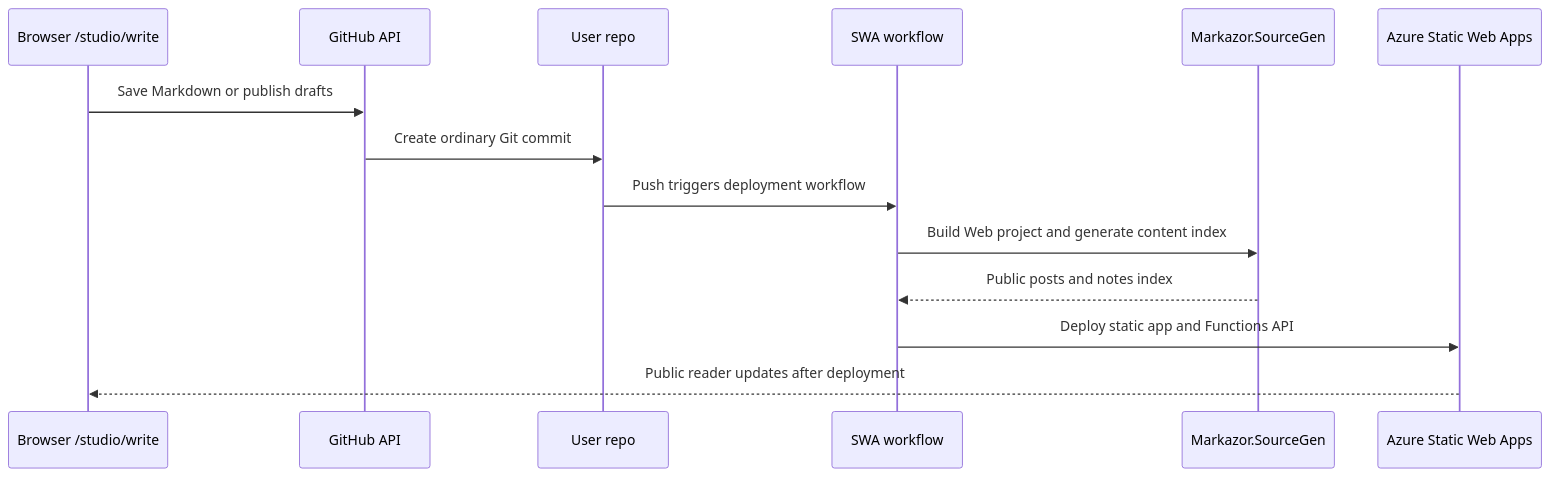
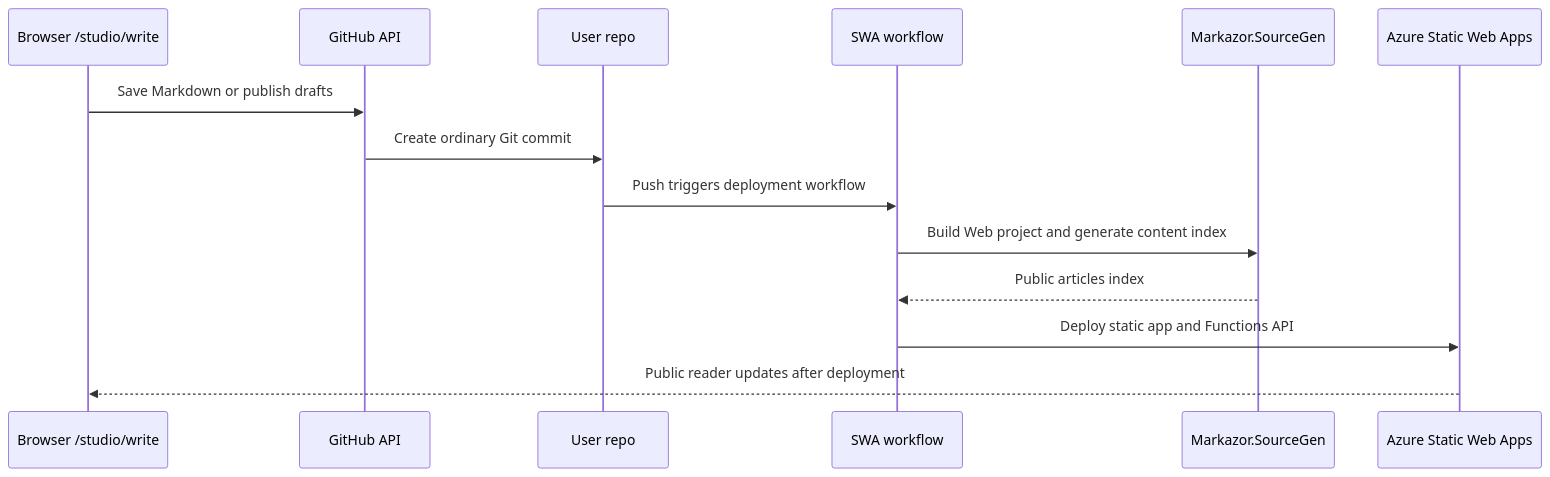
The third of 3 diagrams in README.md (cloris-chan/Markazor), drawn with Mermaid before and after one commit. The commit also changed other lines of this file and 48 other files, not shown here.

````diff
--- a/README.md
+++ b/README.md
@@ -95,17 +95,17 @@
 ```mermaid
 sequenceDiagram
     participant B as Browser /studio/write
     participant GH as GitHub API
     participant R as User repo
     participant W as SWA workflow
     participant SG as Markazor.SourceGen
     participant S as Azure Static Web Apps
 
     B->>GH: Save Markdown or publish drafts
     GH->>R: Create ordinary Git commit
     R->>W: Push triggers deployment workflow
     W->>SG: Build Web project and generate content index
-    SG-->>W: Public posts and notes index
+    SG-->>W: Public articles index
     W->>S: Deploy static app and Functions API
     S-->>B: Public reader updates after deployment
 ```
````
